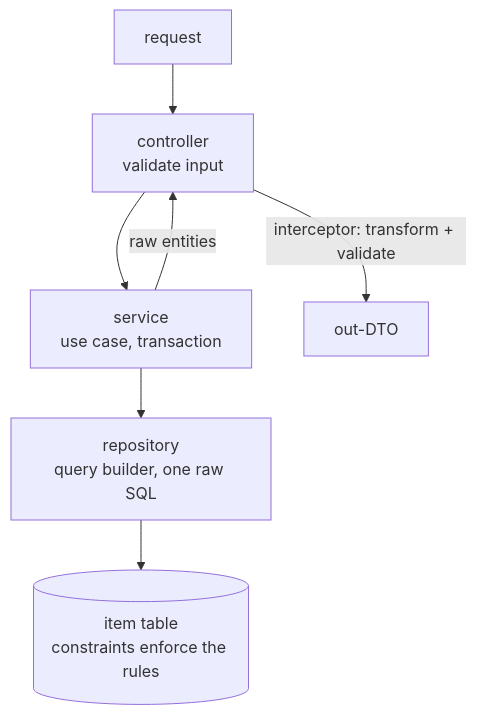
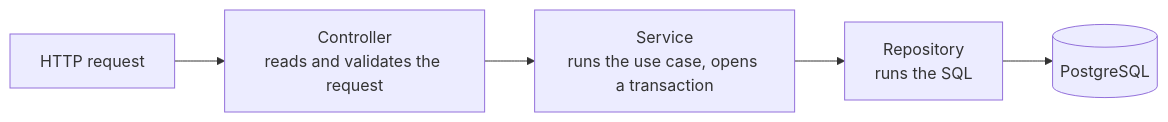
The second of 2 diagrams in README.md (janroker/treefs), drawn with Mermaid before and after one commit. The commit also changed other lines of this file, not shown here.

````diff
--- a/README.md
+++ b/README.md
@@ -90,9 +57,7 @@
 ```mermaid
-flowchart TD
-  req[request] --> ctl["controller<br/>validate input"]
-  ctl --> svc["service<br/>use case, transaction"]
-  svc --> repo["repository<br/>query builder, one raw SQL"]
-  repo --> db[("item table<br/>constraints enforce the rules")]
-  svc -- raw entities --> ctl
-  ctl -- "interceptor: transform + validate" --> res[out-DTO]
+flowchart LR
+  req[HTTP request] --> ctl["Controller<br/>reads and validates the request"]
+  ctl --> svc["Service<br/>runs the use case, opens a transaction"]
+  svc --> repo["Repository<br/>runs the SQL"]
+  repo --> db[(PostgreSQL)]
 ```
````
